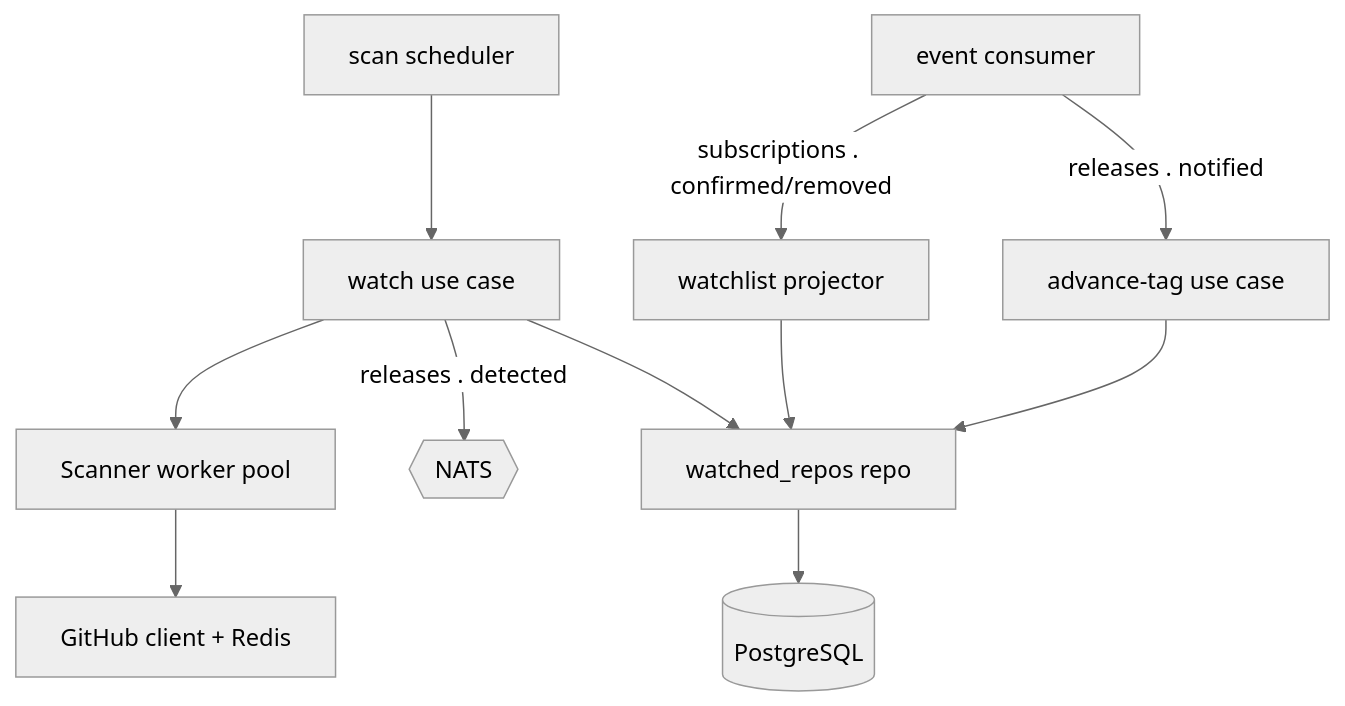
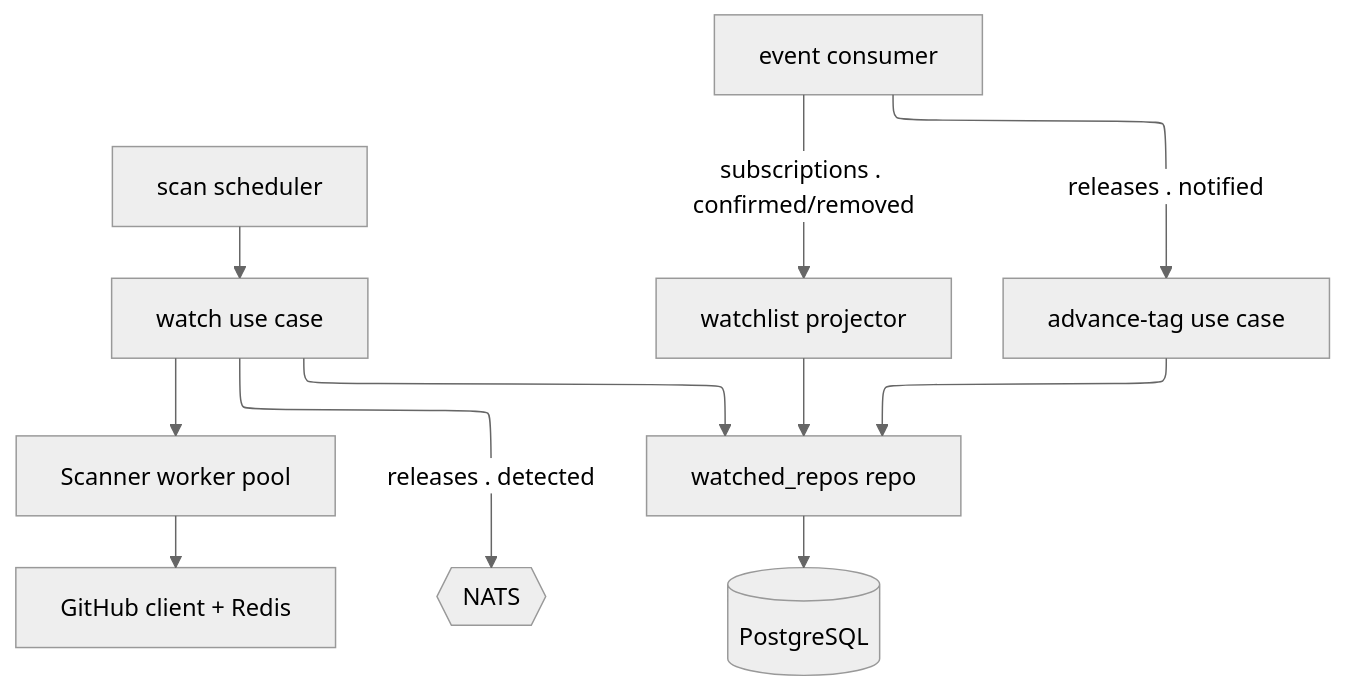
The third of 13 diagrams in docs/SDD.md (GenesisEducationKyiv/software-engineering-school-6-0-mzabrodin), drawn with Mermaid (neutral theme) before and after one commit. The commit also changed other lines of this file, not shown here.

Commit message:
docs(sdd): document system architecture and saga-orchestrator

````diff
--- a/docs/SDD.md
+++ b/docs/SDD.md
@@ -75,13 +137,14 @@
 ```mermaid
+%%{init: {"flowchart": {"defaultRenderer": "elk"}} }%%
 flowchart TB
     Sched[scan scheduler] --> Watch[watch use case]
     Cons[event consumer] -->|subscriptions . confirmed/removed| WL[watchlist projector]
     Cons -->|releases . notified| Adv[advance-tag use case]
     Watch --> Scan[Scanner worker pool]
     Scan --> GH[GitHub client + Redis]
     Watch -->|releases . detected| NATS{{NATS}}
     Watch --> Repo[watched_repos repo]
     WL --> Repo
     Adv --> Repo
     Repo --> DB[(PostgreSQL)]
 ```
````
